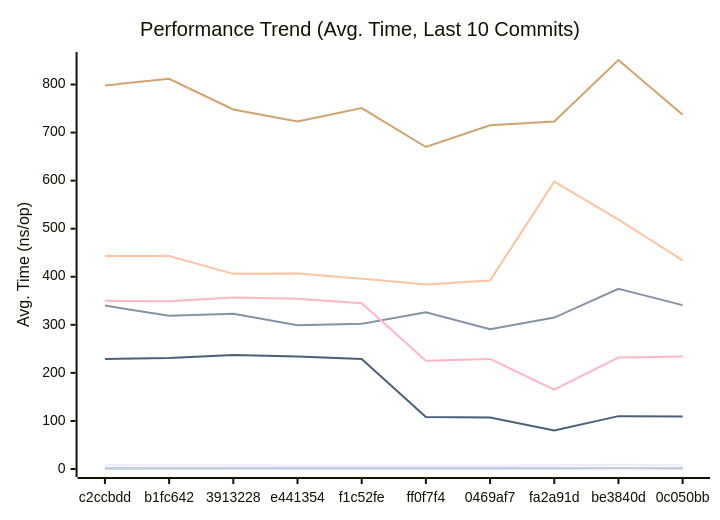
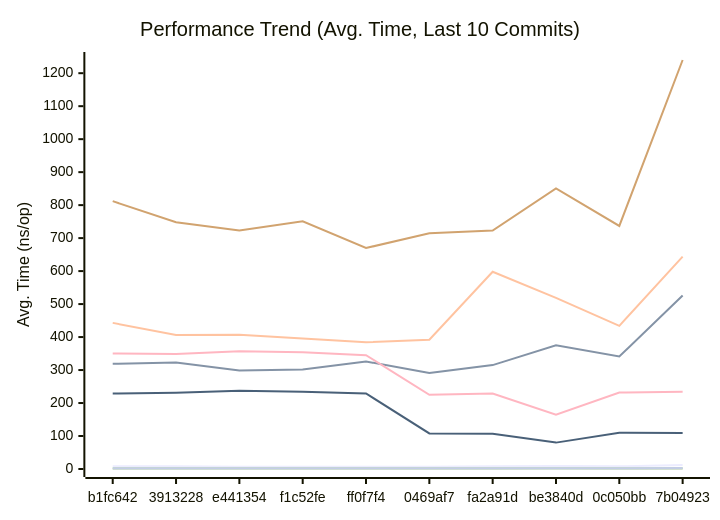
The first of 3 diagrams in docs/PERFORMANCE.md (alsotoes/momo), drawn with Mermaid before and after one commit. The commit also changed other lines of this file and 4 other files, not shown here.

````diff
--- a/docs/PERFORMANCE.md
+++ b/docs/PERFORMANCE.md
@@ -80,16 +80,16 @@
 ```mermaid
 xychart-beta
     title "Performance Trend (Avg. Time, Last 10 Commits)"
     x-axis "Commit"
     y-axis "Avg. Time (ns/op)"
-    x-axis [c2ccbdd,b1fc642,3913228,e441354,f1c52fe,ff0f7f4,0469af7,fa2a91d,be3840d,0c050bb]
-    line "CheckMetricsAndSwap" [8,8,8,7,7,7,7,8,9,8]
-    line "CrushOptimized" [340,319,323,299,302,326,291,315,375,341]
-    line "CrushOriginal" [443,443,406,407,396,384,392,598,519,434]
-    line "IndexDirectTracking" [0,0,0,0,0,0,0,0,1,0]
-    line "IndexSearch" [1,2,2,2,2,2,2,2,2,2]
-    line "LoadGlobalConfig" [798,812,748,723,751,670,715,723,851,737]
-    line "PadString" [2,2,2,2,2,2,2,2,2,2]
+    x-axis [b1fc642,3913228,e441354,f1c52fe,ff0f7f4,0469af7,fa2a91d,be3840d,0c050bb,7b04923]
+    line "CheckMetricsAndSwap" [8,8,7,7,7,7,8,9,8,12]
+    line "CrushOptimized" [319,323,299,302,326,291,315,375,341,526]
+    line "CrushOriginal" [443,406,407,396,384,392,598,519,434,644]
+    line "IndexDirectTracking" [0,0,0,0,0,0,0,1,0,0]
+    line "IndexSearch" [2,2,2,2,2,2,2,2,2,2]
+    line "LoadGlobalConfig" [812,748,723,751,670,715,723,851,737,1240]
+    line "PadString" [2,2,2,2,2,2,2,2,2,3]
     line "ParseReplicationOrder_NoPrealloc" [350,349,357,354,345,225,229,165,232,234]
     line "ParseReplicationOrder_Prealloc" [229,231,237,234,229,108,107,80,110,109]
 ```
````
